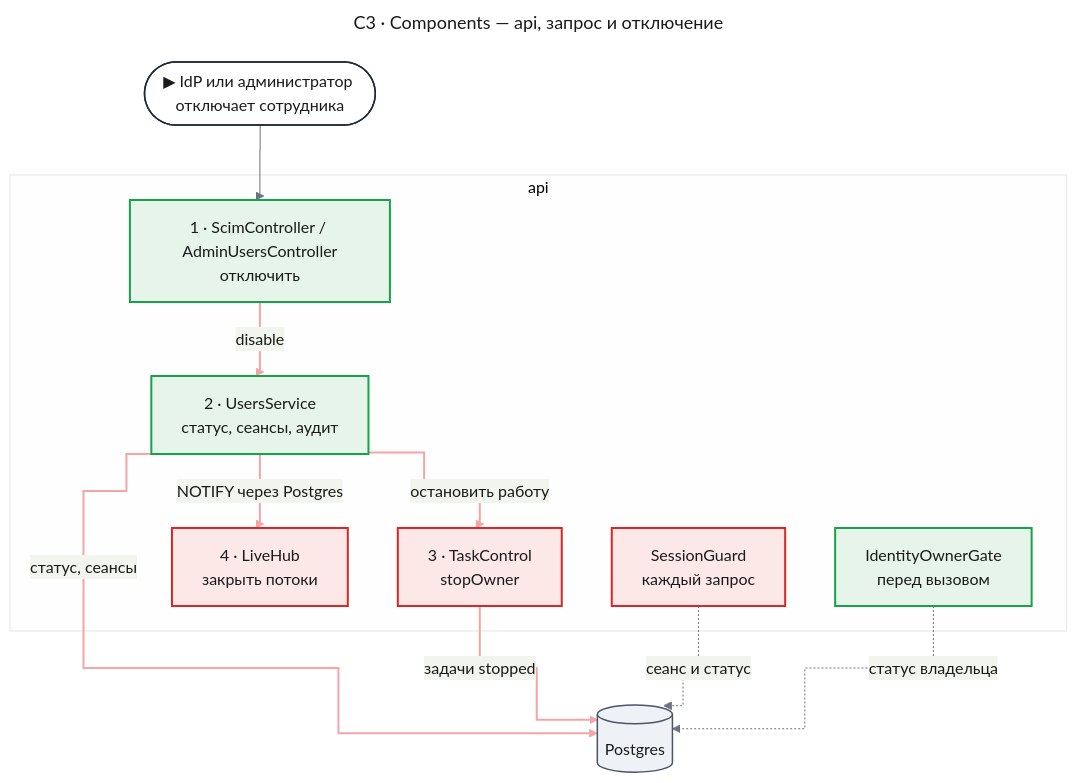
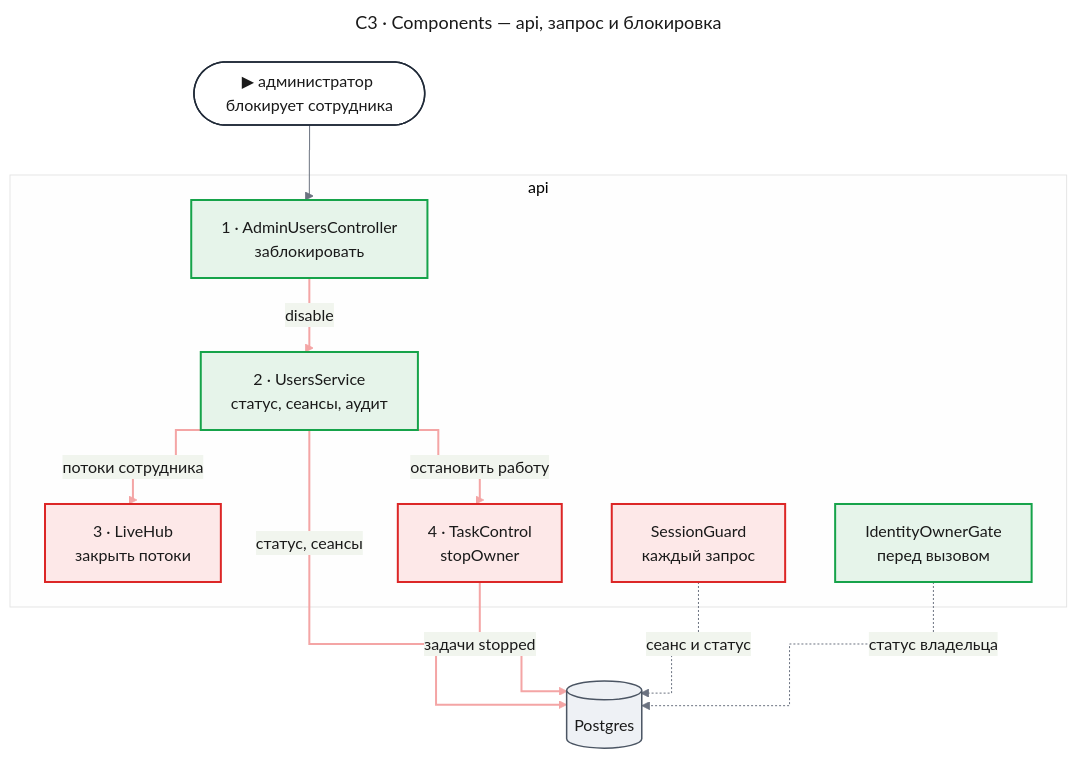
One commit to tundraray/agent-os changed the fourth of 9 diagrams in docs/features/enterprise-access/design-identity.md. Above: the diagram before and after it, drawn with Mermaid. The commit also changed other lines of this file and 6 other files, not shown here.

Commit message:
docs(enterprise-access): cut SAML, SCIM, the lockout and the last-admin rule from identity

````diff
--- a/docs/features/enterprise-access/design-identity.md
+++ b/docs/features/enterprise-access/design-identity.md
@@ -398,54 +378,54 @@
 ```mermaid
 ---
-title: "C3 · Components — api, запрос и отключение"
+title: "C3 · Components — api, запрос и блокировка"
 config:
   theme: base
   look: classic
   themeVariables:
     primaryColor: "#eef1f5"
     primaryBorderColor: "#4b5563"
     primaryTextColor: "#1a1a1a"
     lineColor: "#6b7280"
   flowchart:
     curve: step
   themeCSS: |
     @keyframes lit_c3b{0%,18%{stroke:#991b1b;stroke-width:6px}20%,100%{stroke:#f4a5a5;stroke-width:2px}}
 ---
 flowchart TB
-    entry(["▶ IdP или администратор отключает сотрудника"])
+    entry(["▶ администратор блокирует сотрудника"])
     subgraph api["api"]
-        scim["1 · ScimController / AdminUsersController<br/>отключить"]
+        ctl["1 · AdminUsersController<br/>заблокировать"]
         users["2 · UsersService<br/>статус, сеансы, аудит"]
-        ctrl["3 · TaskControl<br/>stopOwner"]
-        hub["4 · LiveHub<br/>закрыть потоки"]
+        hub["3 · LiveHub<br/>закрыть потоки"]
+        ctrl["4 · TaskControl<br/>stopOwner"]
         guard["SessionGuard<br/>каждый запрос"]
         gate["IdentityOwnerGate<br/>перед вызовом"]
     end
     db[("Postgres")]
-    entry --> scim
-    scim e1@-->|"disable"| users
+    entry --> ctl
+    ctl e1@-->|"disable"| users
     users e2@-->|"статус, сеансы"| db
-    users e3@-->|"остановить работу"| ctrl
-    ctrl e4@-->|"задачи stopped"| db
-    users e5@-->|"NOTIFY через Postgres"| hub
+    users e3@-->|"потоки сотрудника"| hub
+    users e4@-->|"остановить работу"| ctrl
+    ctrl e5@-->|"задачи stopped"| db
     guard -.->|"сеанс и статус"| db
     gate -.->|"статус владельца"| db
     classDef entry fill:#ffffff,stroke:#1f2937,stroke-width:1.5px,color:#1a1a1a
     classDef changed fill:#fde8e8,stroke:#dc2626,stroke-width:2px,color:#1a1a1a
     classDef new fill:#e6f4ea,stroke:#16a34a,stroke-width:2px,color:#1a1a1a
     classDef unchanged fill:#eef1f5,stroke:#4b5563,stroke-width:1.5px,color:#1a1a1a
     classDef w1 stroke:#f4a5a5,stroke-width:2px,animation:lit_c3b 6s linear 0s infinite
     classDef w2 stroke:#f4a5a5,stroke-width:2px,animation:lit_c3b 6s linear 1.2s infinite
     classDef w3 stroke:#f4a5a5,stroke-width:2px,animation:lit_c3b 6s linear 2.4s infinite
     classDef w4 stroke:#f4a5a5,stroke-width:2px,animation:lit_c3b 6s linear 3.6s infinite
     classDef w5 stroke:#f4a5a5,stroke-width:2px,animation:lit_c3b 6s linear 4.8s infinite
     class entry entry
-    class scim,users,gate new
-    class ctrl,hub,guard changed
+    class ctl,users,gate new
+    class hub,ctrl,guard changed
     class db unchanged
     class e1 w1
     class e2 w2
     class e3 w3
     class e4 w4
     class e5 w5
 ```
````
